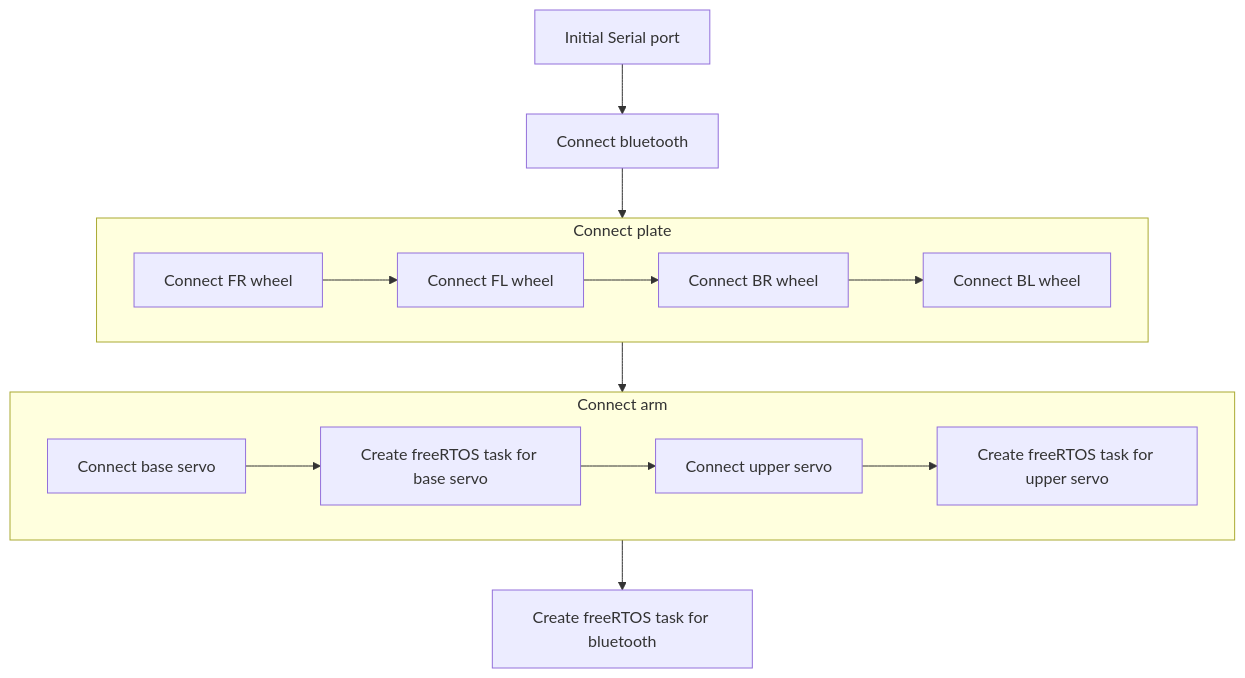
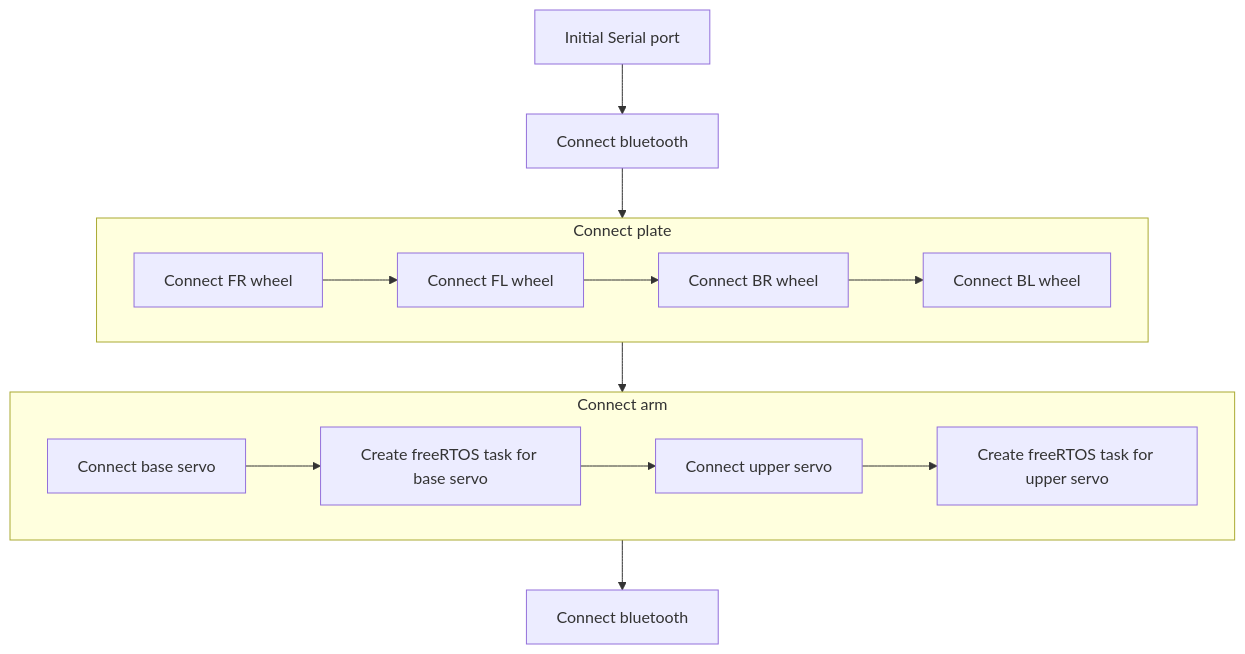
The first of 4 diagrams in README.md (zebra314/me_prac), drawn with Mermaid before and after one commit. The commit also changed other lines of this file, not shown here.

Commit message:
Add flowchart

````diff
--- a/README.md
+++ b/README.md
@@ -27,19 +28,19 @@
 ```mermaid
 flowchart TD;
     A[Initial Serial port] --> B[Connect bluetooth];
     B --> C;
     C --> D;
-    D --> E[Create freeRTOS task for bluetooth];
+    D --> E[Connect bluetooth];
 
 subgraph C[Connect plate]
     F[Connect FR wheel ]--> G[Connect FL wheel];
     G--> H[Connect BR wheel];
     H--> I[Connect BL wheel];
 end
 
 subgraph D[Connect arm]
     J[Connect base servo]--> K[Create freeRTOS task for base servo];
     K--> L[Connect upper servo];
     L--> M[Create freeRTOS task for upper servo];
 end
 ```
````
